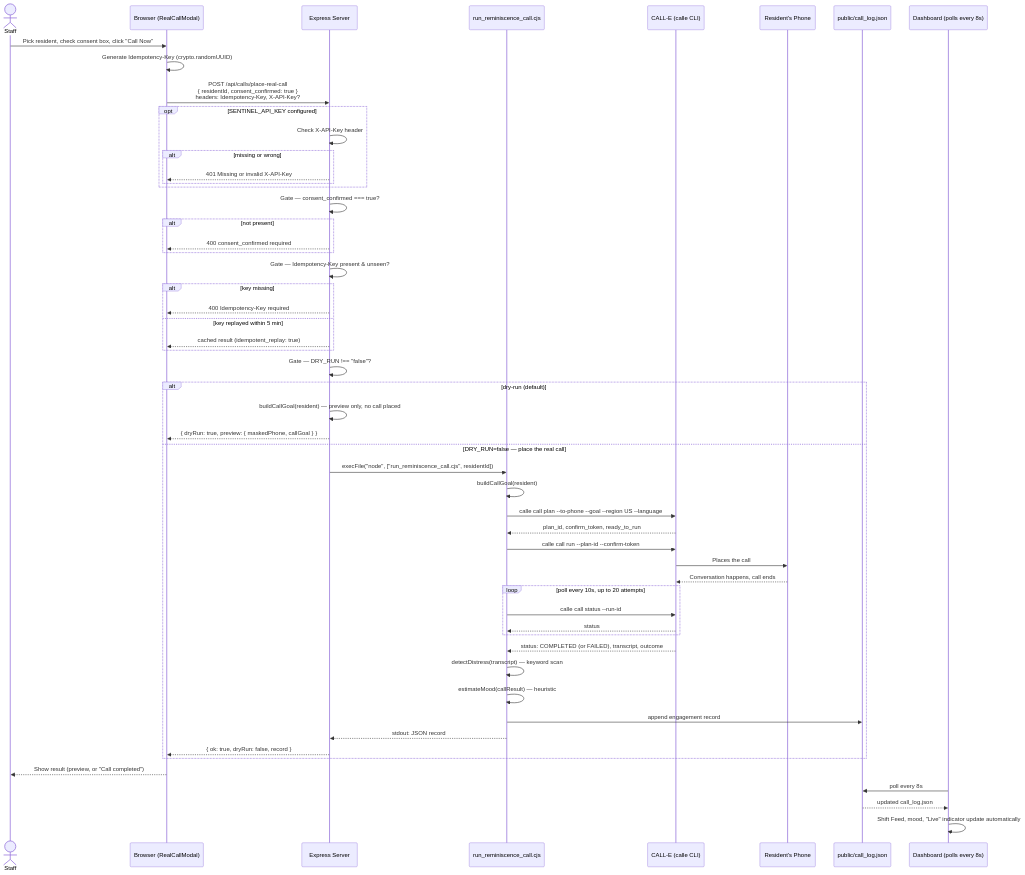
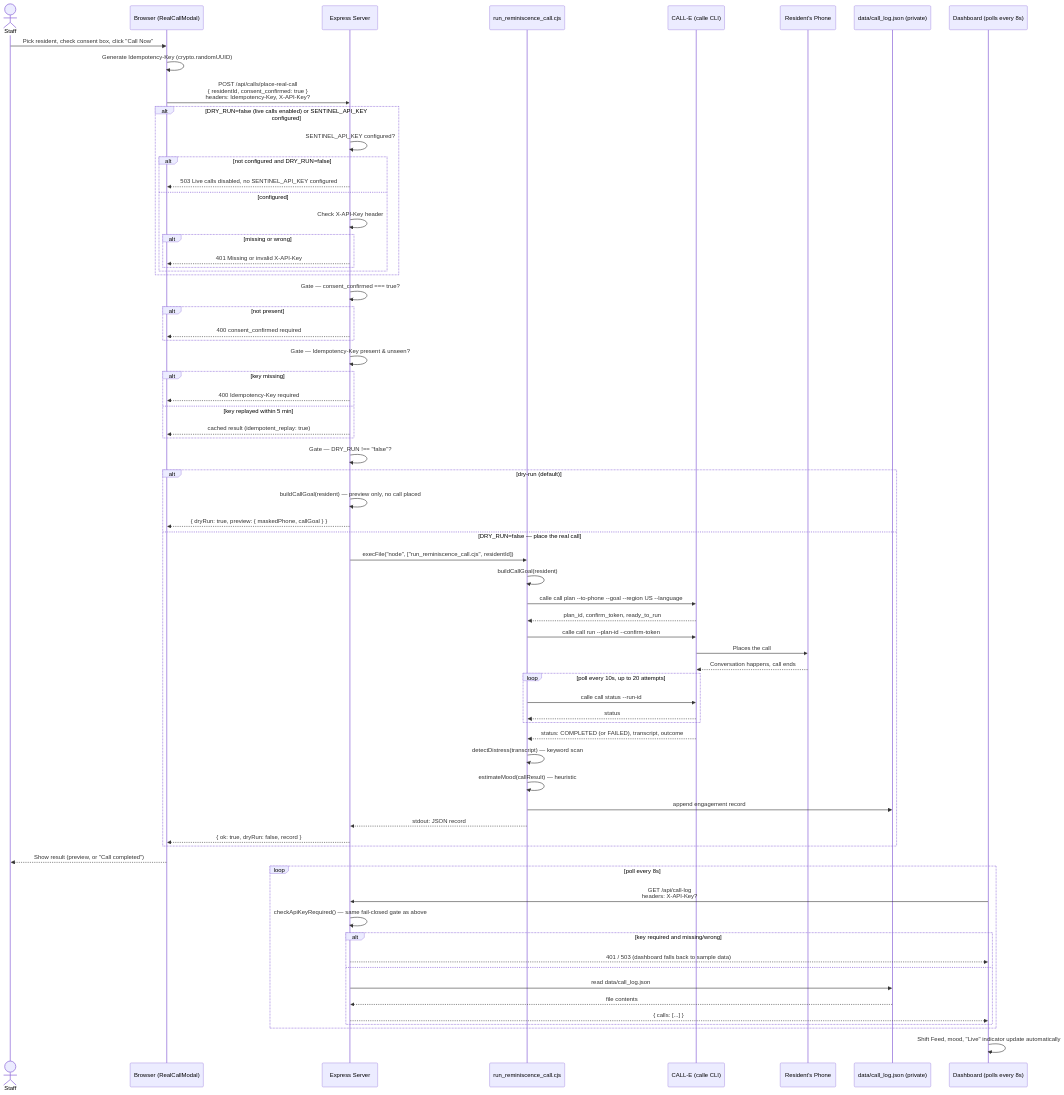
One commit to CALLE-AI/awesome-phone-call-agents changed the diagram in apps/typescript/recall-e/README.md. Above: the diagram before and after it, drawn with Mermaid. The commit also changed other lines of this file and 9 other files, not shown here.

Commit message:
fix(apps): address security review round 2 — protect call logs, mask sensitive data

````diff
--- a/apps/typescript/recall-e/README.md
+++ b/apps/typescript/recall-e/README.md
@@ -29,63 +29,78 @@
 ```mermaid
 sequenceDiagram
     actor Staff
     participant Browser as Browser (RealCallModal)
     participant Server as Express Server
     participant Script as run_reminiscence_call.cjs
     participant CALLE as CALL-E (calle CLI)
     participant Phone as Resident's Phone
-    participant Log as public/call_log.json
+    participant Log as data/call_log.json (private)
     participant Dash as Dashboard (polls every 8s)
 
     Staff->>Browser: Pick resident, check consent box, click "Call Now"
     Browser->>Browser: Generate Idempotency-Key (crypto.randomUUID)
     Browser->>Server: POST /api/calls/place-real-call<br/>{ residentId, consent_confirmed: true }<br/>headers: Idempotency-Key, X-API-Key?
 
-    opt SENTINEL_API_KEY configured
-        Server->>Server: Check X-API-Key header
-        alt missing or wrong
-            Server-->>Browser: 401 Missing or invalid X-API-Key
+    alt DRY_RUN=false (live calls enabled) or SENTINEL_API_KEY configured
+        Server->>Server: SENTINEL_API_KEY configured?
+        alt not configured and DRY_RUN=false
+            Server-->>Browser: 503 Live calls disabled, no SENTINEL_API_KEY configured
+        else configured
+            Server->>Server: Check X-API-Key header
+            alt missing or wrong
+                Server-->>Browser: 401 Missing or invalid X-API-Key
+            end
         end
     end
 
     Server->>Server: Gate — consent_confirmed === true?
     alt not present
         Server-->>Browser: 400 consent_confirmed required
     end
 
     Server->>Server: Gate — Idempotency-Key present & unseen?
     alt key missing
         Server-->>Browser: 400 Idempotency-Key required
     else key replayed within 5 min
         Server-->>Browser: cached result (idempotent_replay: true)
     end
 
     Server->>Server: Gate — DRY_RUN !== "false"?
     alt dry-run (default)
         Server->>Server: buildCallGoal(resident) — preview only, no call placed
         Server-->>Browser: { dryRun: true, preview: { maskedPhone, callGoal } }
     else DRY_RUN=false — place the real call
         Server->>Script: execFile("node", ["run_reminiscence_call.cjs", residentId])
         Script->>Script: buildCallGoal(resident)
         Script->>CALLE: calle call plan --to-phone --goal --region US --language
         CALLE-->>Script: plan_id, confirm_token, ready_to_run
         Script->>CALLE: calle call run --plan-id --confirm-token
         CALLE->>Phone: Places the call
         Phone-->>CALLE: Conversation happens, call ends
         loop poll every 10s, up to 20 attempts
             Script->>CALLE: calle call status --run-id
             CALLE-->>Script: status
         end
         CALLE-->>Script: status: COMPLETED (or FAILED), transcript, outcome
         Script->>Script: detectDistress(transcript) — keyword scan
         Script->>Script: estimateMood(callResult) — heuristic
         Script->>Log: append engagement record
         Script-->>Server: stdout: JSON record
         Server-->>Browser: { ok: true, dryRun: false, record }
     end
 
     Browser-->>Staff: Show result (preview, or "Call completed")
-    Dash->>Log: poll every 8s
-    Log-->>Dash: updated call_log.json
+
+    loop poll every 8s
+        Dash->>Server: GET /api/call-log<br/>headers: X-API-Key?
+        Server->>Server: checkApiKeyRequired() — same fail-closed gate as above
+        alt key required and missing/wrong
+            Server-->>Dash: 401 / 503 (dashboard falls back to sample data)
+        else
+            Server->>Log: read data/call_log.json
+            Log-->>Server: file contents
+            Server-->>Dash: { calls: [...] }
+        end
+    end
     Dash->>Dash: Shift Feed, mood, "Live" indicator update automatically
 ```
````
